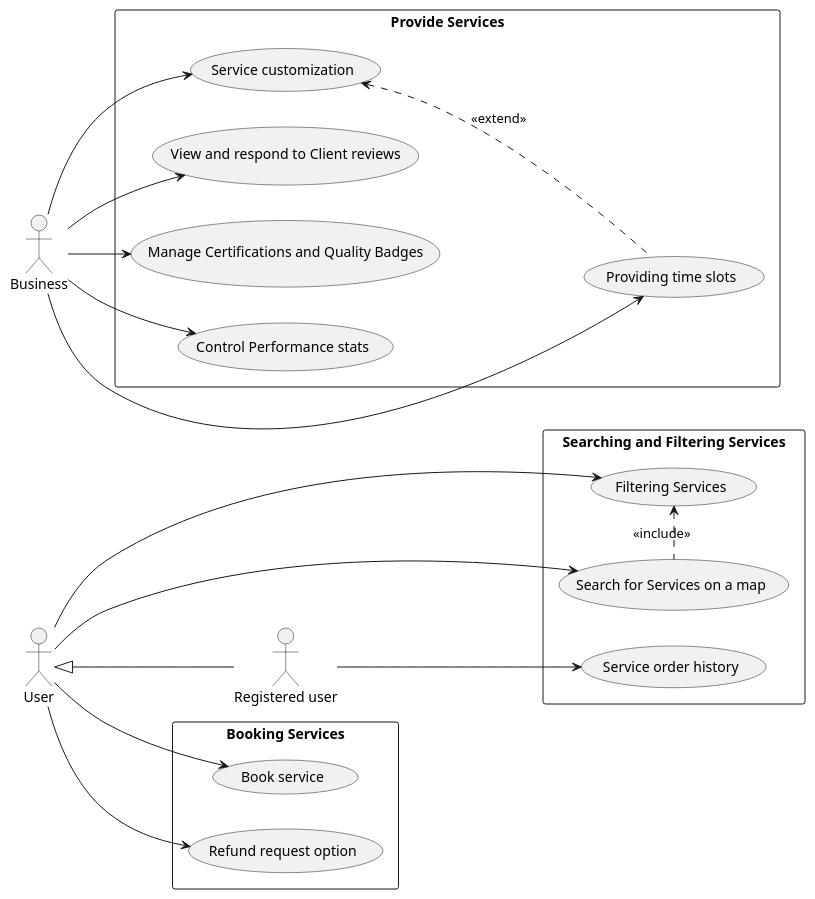
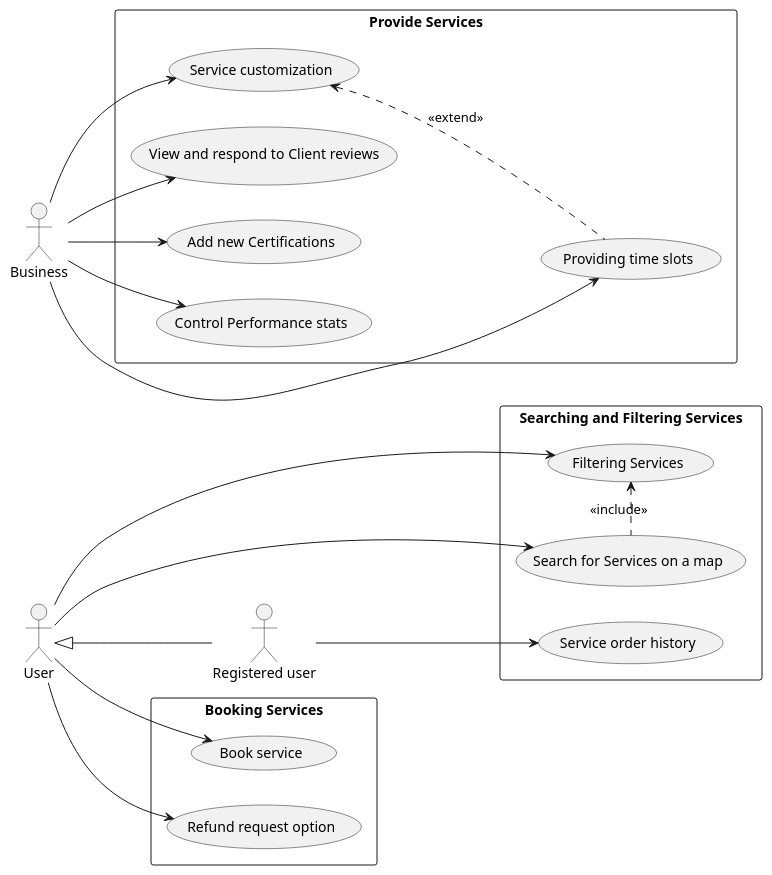
The diagram in uml/uml-usecase-diagram.plantuml (JuhTyg010/Vellure-NSWI041), drawn with PlantUML before and after one commit. The commit also changed 1 other file, not shown here.

```diff
--- a/uml/uml-usecase-diagram.plantuml
+++ b/uml/uml-usecase-diagram.plantuml
@@ -1,42 +1,42 @@
 @startuml
 left to right direction
 actor "User" as AC_U
 actor "Registered user" as AC_FT
 actor "Business" as AC_B
 
 rectangle "Searching and Filtering Services" {
     usecase "Search for Services on a map" as UC_SM
     usecase "Filtering Services" AS UC_FS
     usecase "Service order history" as UC_SO
 }
 rectangle "Booking Services" {
     usecase "Book service" as UC_BS
     usecase "Refund request option" as UC_RR
 }
 
 rectangle "Provide Services" {
     usecase "Providing time slots" as UC_PS
     usecase "Service customization" as UC_SC
     usecase "View and respond to Client reviews" as UC_RC
-    usecase "Manage Certifications and Quality Badges" as UC_MC
+    usecase "Add new Certifications" as UC_MC
     usecase "Control Performance stats" as UC_CPS
 }
 
 
 UC_SM .l.> UC_FS : <<include>>
 
 UC_PS .u.> UC_SC : <<extend>>
 
 AC_U --> UC_SM
 AC_U --> UC_RR
 AC_U --> UC_BS
 AC_U --> UC_FS
 AC_FT -u-|> AC_U
 AC_FT --> UC_SO
 
 AC_B --> UC_PS
 AC_B --> UC_SC
 AC_B --> UC_RC
 AC_B --> UC_MC
 AC_B --> UC_CPS
 @enduml
```
